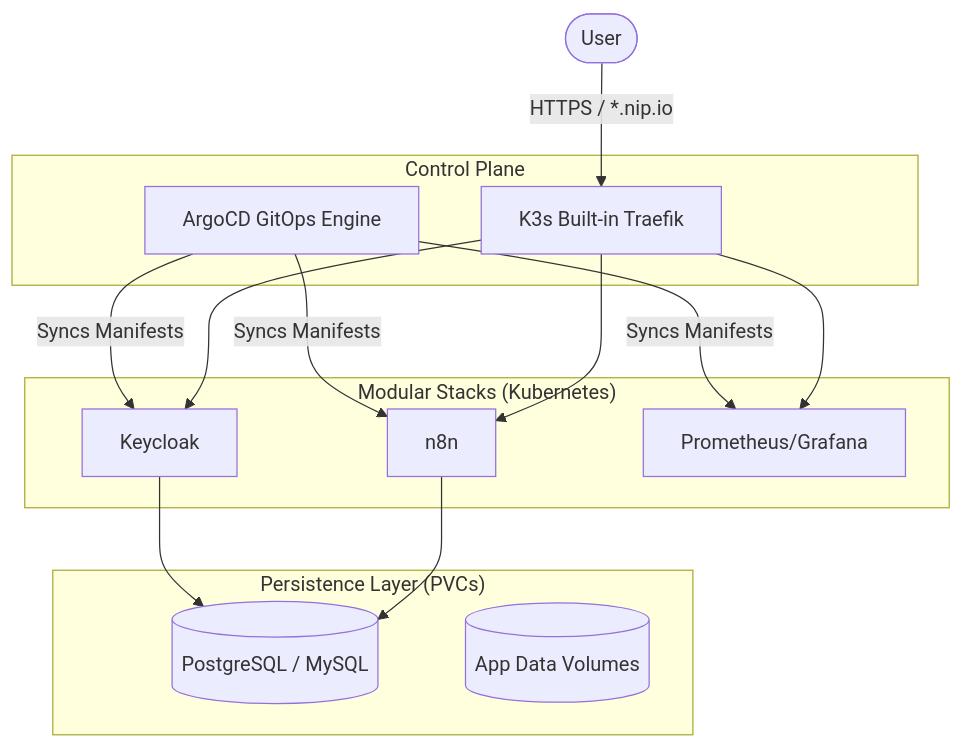
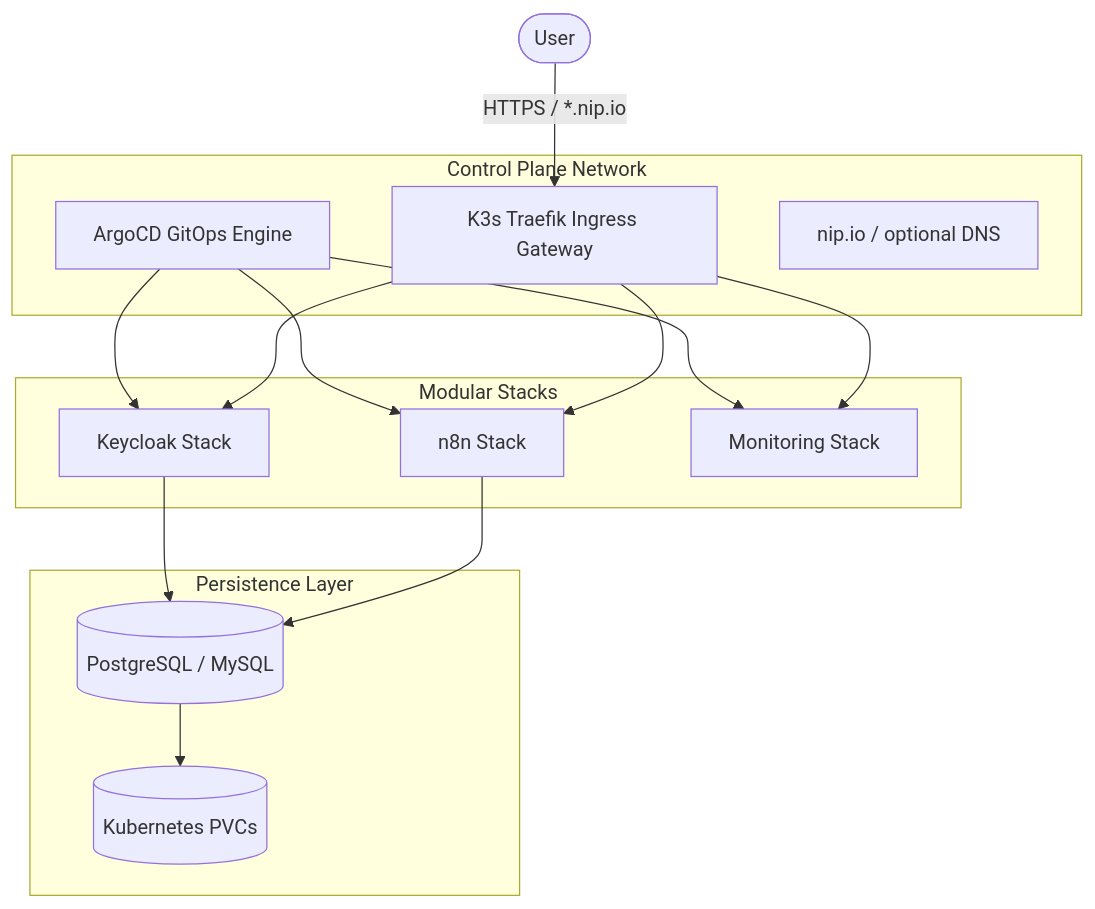
Before and after one commit to chinmaymjog/k3s-argocd-sandbox: the diagram in README.md, drawn with Mermaid. The commit also changed other lines of this file and 10 other files, not shown here.

Commit message:
feat: add secure onboarding and local secrets flow

````diff
--- a/README.md
+++ b/README.md
@@ -13,31 +13,34 @@
 ```mermaid
 graph TD
-    User([User]) -->|HTTPS / *.nip.io| Traefik[K3s Built-in Traefik]
-    
-    subgraph "Control Plane"
-        Traefik
-        ArgoCD[ArgoCD GitOps Engine]
-    end
+	User([User]) -->|HTTPS / *.nip.io| Traefik[K3s Traefik Ingress Gateway]
 
-    subgraph "Modular Stacks (Kubernetes)"
-        App1[Keycloak]
-        App2[n8n]
-        App3[Prometheus/Grafana]
-    end
+	subgraph "Control Plane Network"
+		Traefik
+		ArgoCD[ArgoCD GitOps Engine]
+		DNS[nip.io / optional DNS]
+	end
 
-    subgraph "Persistence Layer (PVCs)"
-        DB[(PostgreSQL / MySQL)]
-        Vol[(App Data Volumes)]
-    end
+	subgraph "Modular Stacks"
+		App1[Keycloak Stack]
+		App2[n8n Stack]
+		App3[Monitoring Stack]
+	end
 
-    ArgoCD -->|Syncs Manifests| App1
-    ArgoCD -->|Syncs Manifests| App2
-    ArgoCD -->|Syncs Manifests| App3
-    
-    Traefik --> App1
-    Traefik --> App2
-    Traefik --> App3
-    
-    App1 --> DB
-    App2 --> DB
+	subgraph "Persistence Layer"
+		DB[(PostgreSQL / MySQL)]
+		Vol[(Kubernetes PVCs)]
+	end
+
+	ArgoCD --> App1
+	ArgoCD --> App2
+	ArgoCD --> App3
+
+	Traefik --> App1
+	Traefik --> App2
+	Traefik --> App3
+
+	App1 --> DB
+	App2 --> DB
+
+	DB --> Vol
 ```
````
